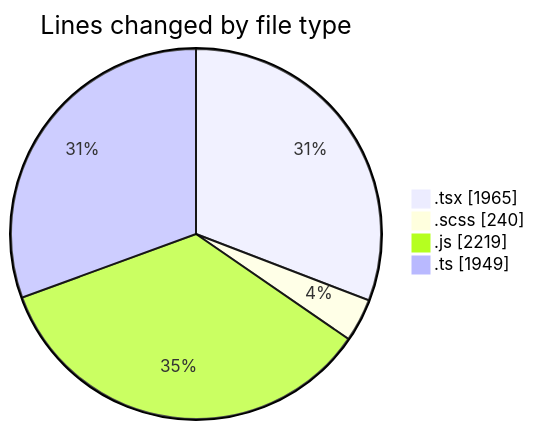
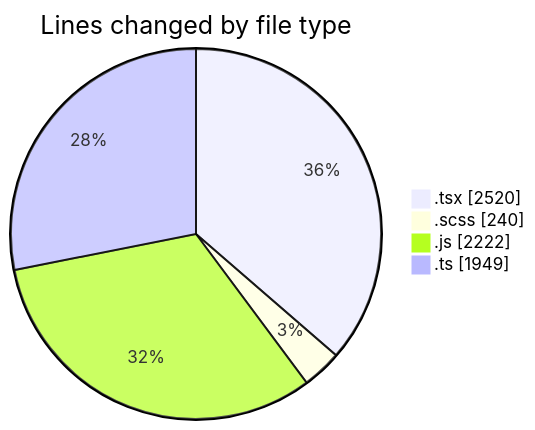
Before and after one commit to momahboobian/code-tracking: the first of 2 diagrams in 2026-06-17/cda/README.md, drawn with Mermaid. The commit also changed other lines of this file and 1 other file, not shown here.

````diff
--- a/2026-06-17/cda/README.md
+++ b/2026-06-17/cda/README.md
@@ -49,8 +50,8 @@
 ```mermaid
 pie showData
 title Lines changed by file type
-".tsx" : 1965
+".tsx" : 2520
 ".scss" : 240
-".js" : 2219
+".js" : 2222
 ".ts" : 1949
 ```
````
